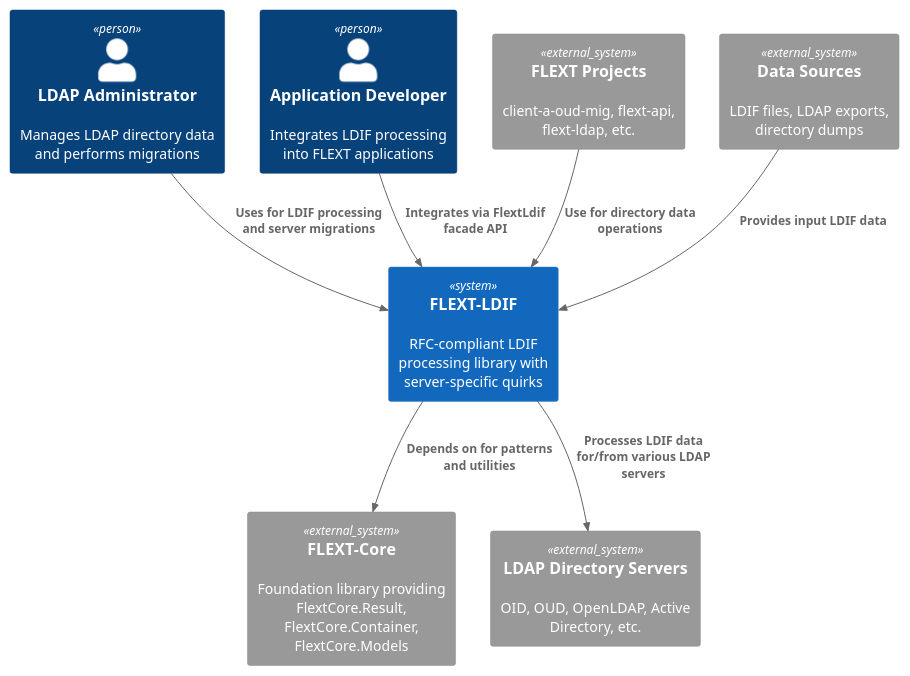
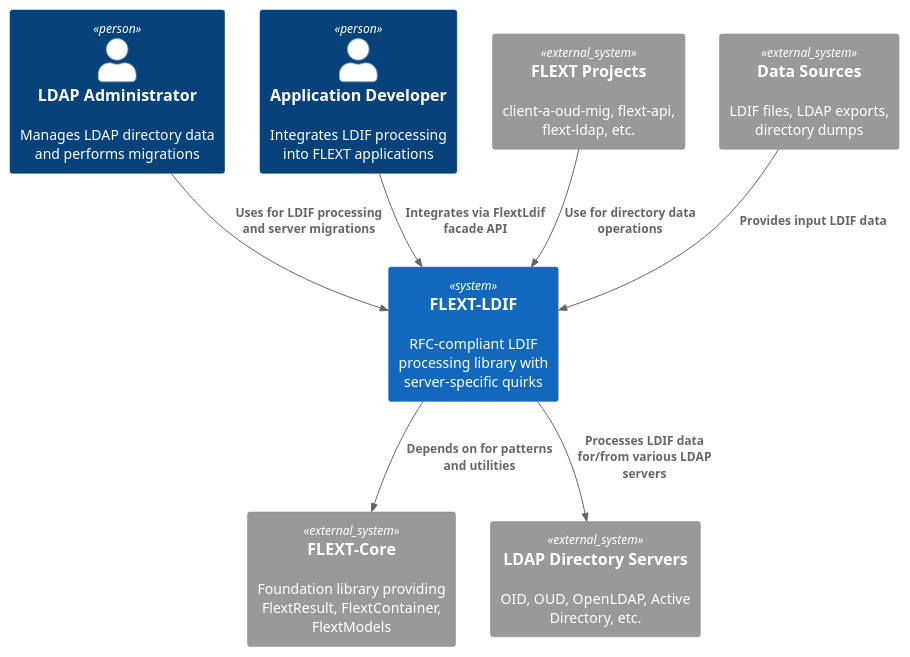
The first of 4 diagrams in docs/architecture-overview.md (flext-sh/flext-ldif), drawn with PlantUML before and after one commit. The commit also changed other lines of this file and 153 other files, not shown here.

````diff
--- a/docs/architecture-overview.md
+++ b/docs/architecture-overview.md
@@ -58,23 +58,23 @@
 ```plantuml
 @startuml FLEXT-LDIF Context Diagram
 !include https://raw.githubusercontent.com/plantuml-stdlib/C4-PlantUML/master/C4_Context.puml
 
 Person(user, "LDAP Administrator", "Manages LDAP directory data and performs migrations")
 Person(developer, "Application Developer", "Integrates LDIF processing into FLEXT applications")
 
 System(flext_ldif, "FLEXT-LDIF", "RFC-compliant LDIF processing library with server-specific quirks")
 
-System_Ext(flext_core, "FLEXT-Core", "Foundation library providing FlextCore.Result, FlextCore.Container, FlextCore.Models")
+System_Ext(flext_core, "FLEXT-Core", "Foundation library providing FlextResult, FlextContainer, FlextModels")
 System_Ext(ldap_servers, "LDAP Directory Servers", "OID, OUD, OpenLDAP, Active Directory, etc.")
 System_Ext(flext_projects, "FLEXT Projects", "client-a-oud-mig, flext-api, flext-ldap, etc.")
 System_Ext(data_sources, "Data Sources", "LDIF files, LDAP exports, directory dumps")
 
 Rel(user, flext_ldif, "Uses for LDIF processing and server migrations")
 Rel(developer, flext_ldif, "Integrates via FlextLdif facade API")
 Rel(flext_ldif, flext_core, "Depends on for patterns and utilities")
 Rel(flext_ldif, ldap_servers, "Processes LDIF data for/from various LDAP servers")
 Rel(flext_projects, flext_ldif, "Use for directory data operations")
 Rel(data_sources, flext_ldif, "Provides input LDIF data")
 
 @enduml
 ```
````
